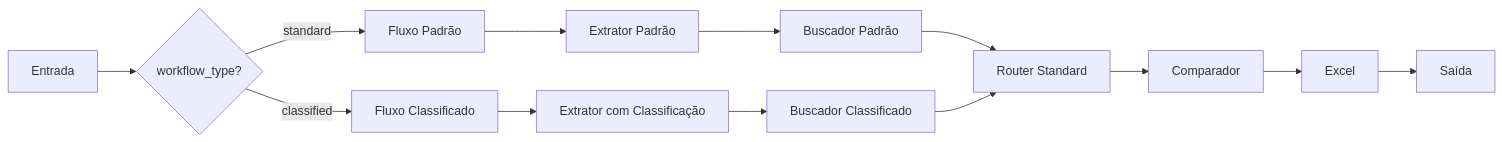
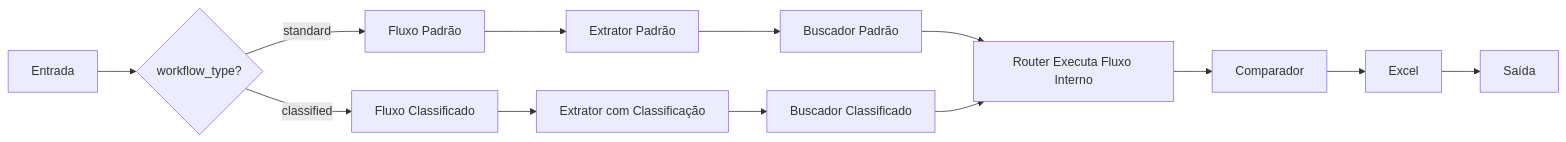
Before and after one commit to ElissonRodrigues/fluxograma: the seventh of 7 diagrams in README.md, drawn with Mermaid. The commit also changed other lines of this file, not shown here.

First line of the commit message:
Revise Router flow and add new section

````diff
--- a/README.md
+++ b/README.md
@@ -192,19 +199,19 @@
 ```mermaid
 graph LR
     A[Entrada] --> B{workflow_type?}
     B -->|standard| C[Fluxo Padrão]
     B -->|classified| D[Fluxo Classificado]
     
     C --> E[Extrator Padrão]
     D --> F[Extrator com Classificação]
     
     E --> G[Buscador Padrão]
     F --> H[Buscador Classificado]
     
-    G --> I[Router Standard]
+    G --> I[Router Executa Fluxo Interno]
     H --> I
     
     I --> J[Comparador]
     J --> K[Excel]
     K --> L[Saída]
 ```
````
